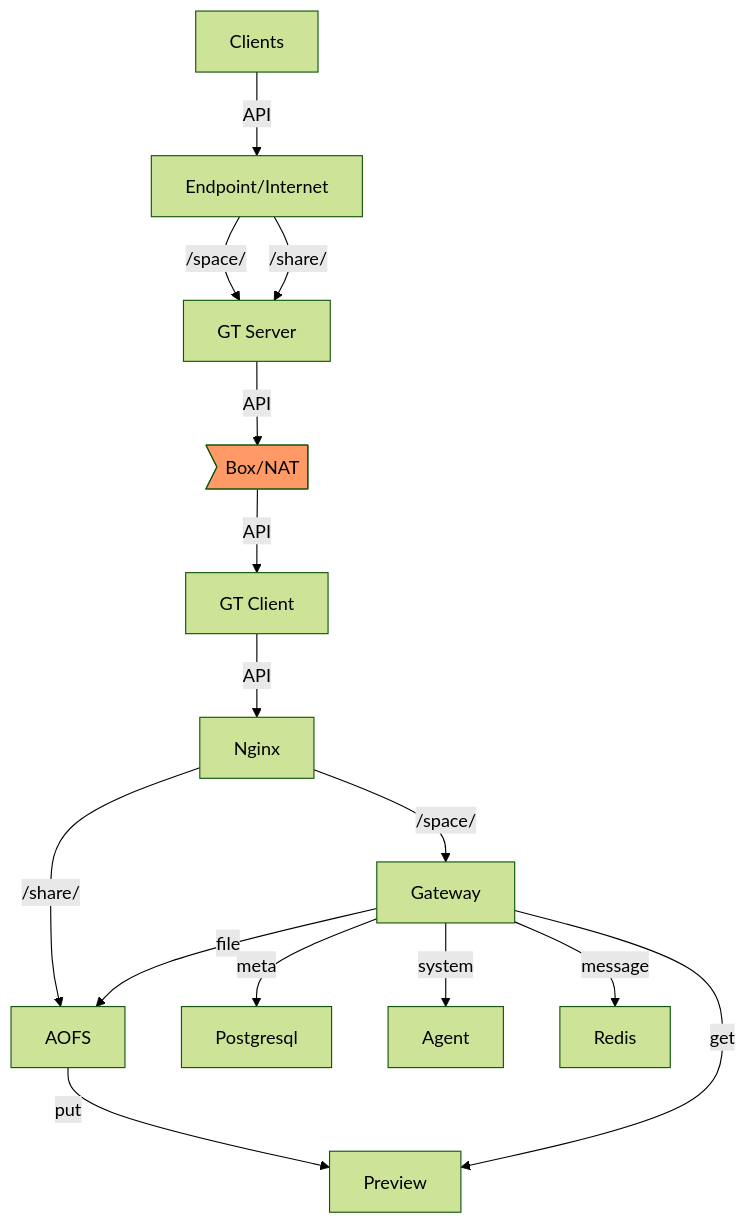
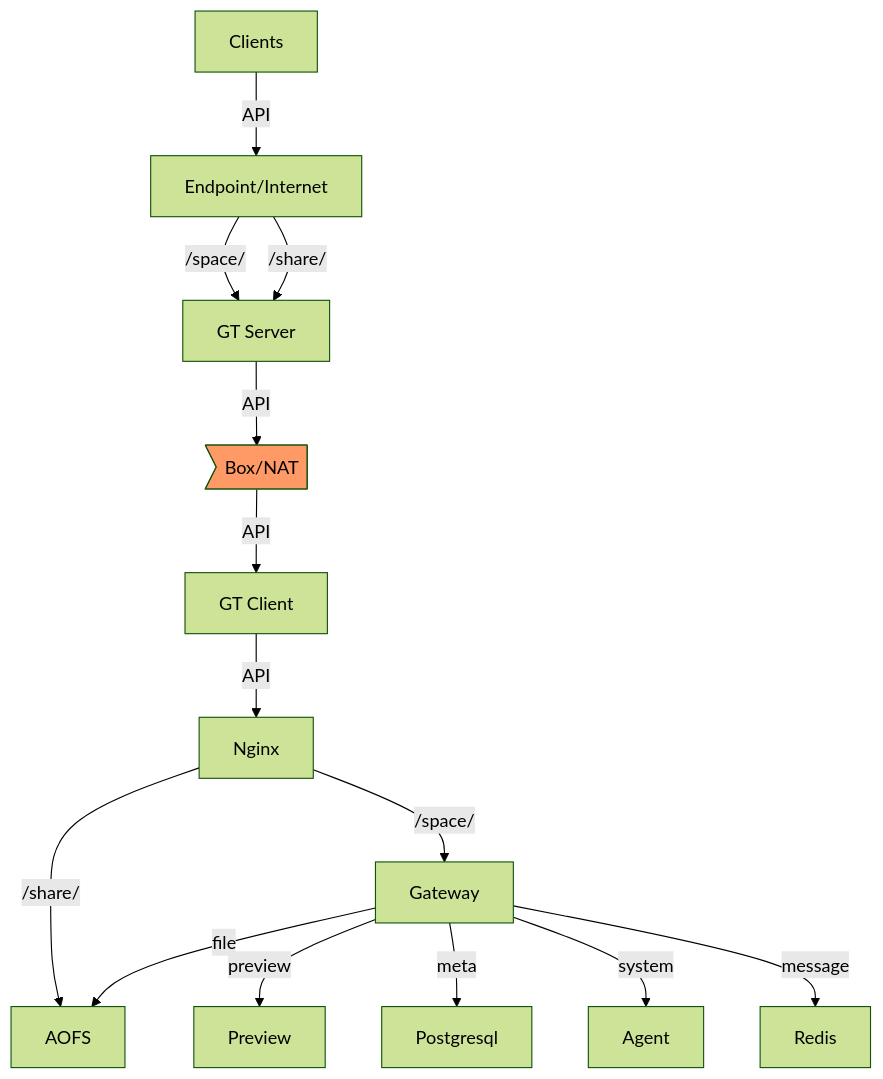
One commit to zhongguang-cn/ao.space changed the diagram in README.md. Above: the diagram before and after it, drawn with Mermaid (forest theme). The commit also changed 1 other file, not shown here.

Commit message:
minor refine for diagram

````diff
--- a/README.md
+++ b/README.md
@@ -56,18 +56,17 @@
 ```mermaid
 graph TD
     Z[Clients] --> |API| A[Endpoint/Internet]
     A -->|/space/| D[GT Server]
     A --> |/share/| D
     D --> |API| E>Box/NAT]:::boxBondary
     classDef boxBondary fill:#f96;
     E --> |API| Q[GT Client]
     Q --> |API| X[Nginx]
     X --> |/space/| F[Gateway]
     X --> |/share/| G[AOFS]
     F --> |file| G
-    G --> |put| I
-    F --> |get| I[Preview]
+    F --> |preview| I[Preview]
     F --> |meta| J[Postgresql]
     F --> |system| K[Agent]
     F --> |message| L[Redis]
 ```
````
